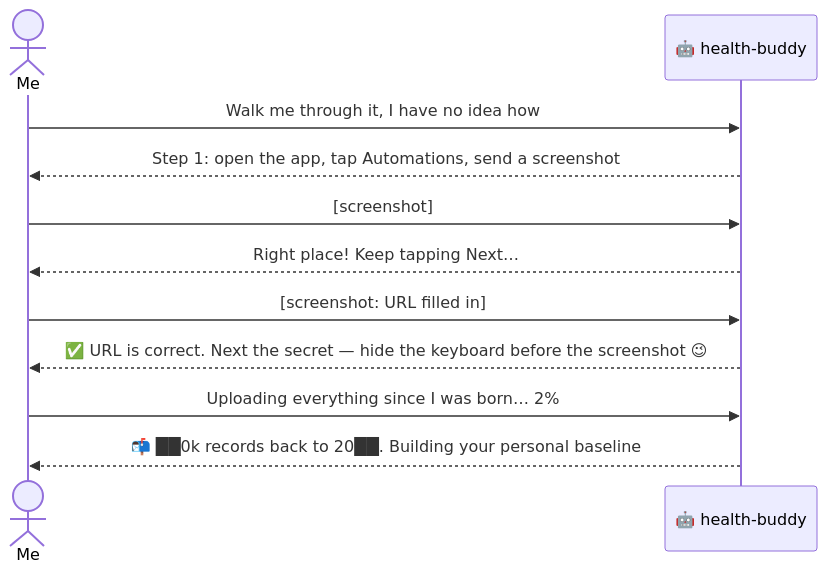
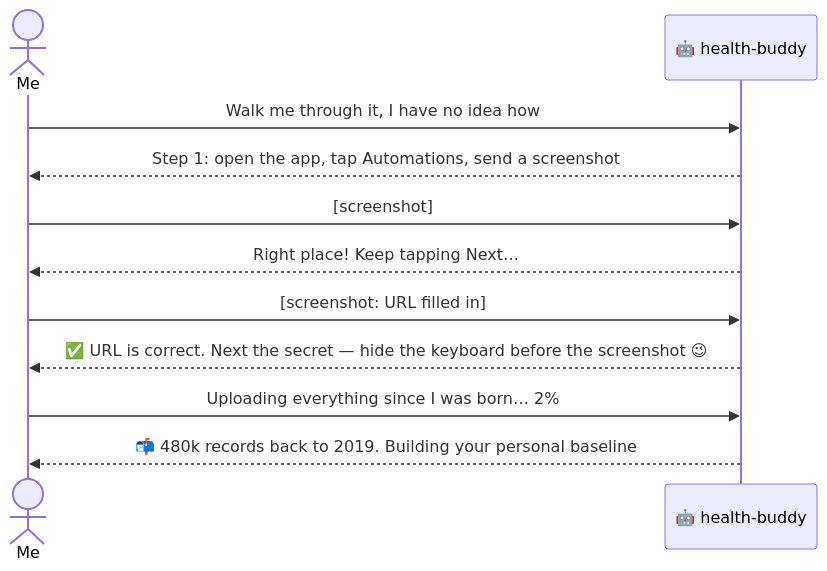
One commit to JamesNolan17/health-buddy changed the first of 7 diagrams in README.en.md. Above: the diagram before and after it, drawn with Mermaid. The commit also changed other lines of this file and 6 other files, not shown here.

````diff
--- a/README.en.md
+++ b/README.en.md
@@ -172,13 +172,13 @@
 ```mermaid
 sequenceDiagram
     actor U as Me
     participant H as 🤖 health-buddy
     U->>H: Walk me through it, I have no idea how
     H-->>U: Step 1: open the app, tap Automations, send a screenshot
     U->>H: [screenshot]
     H-->>U: Right place! Keep tapping Next…
     U->>H: [screenshot: URL filled in]
     H-->>U: ✅ URL is correct. Next the secret — hide the keyboard before the screenshot 😉
     U->>H: Uploading everything since I was born… 2%
-    H-->>U: 📬 ██0k records back to 20██. Building your personal baseline
+    H-->>U: 📬 480k records back to 2019. Building your personal baseline
 ```
````
